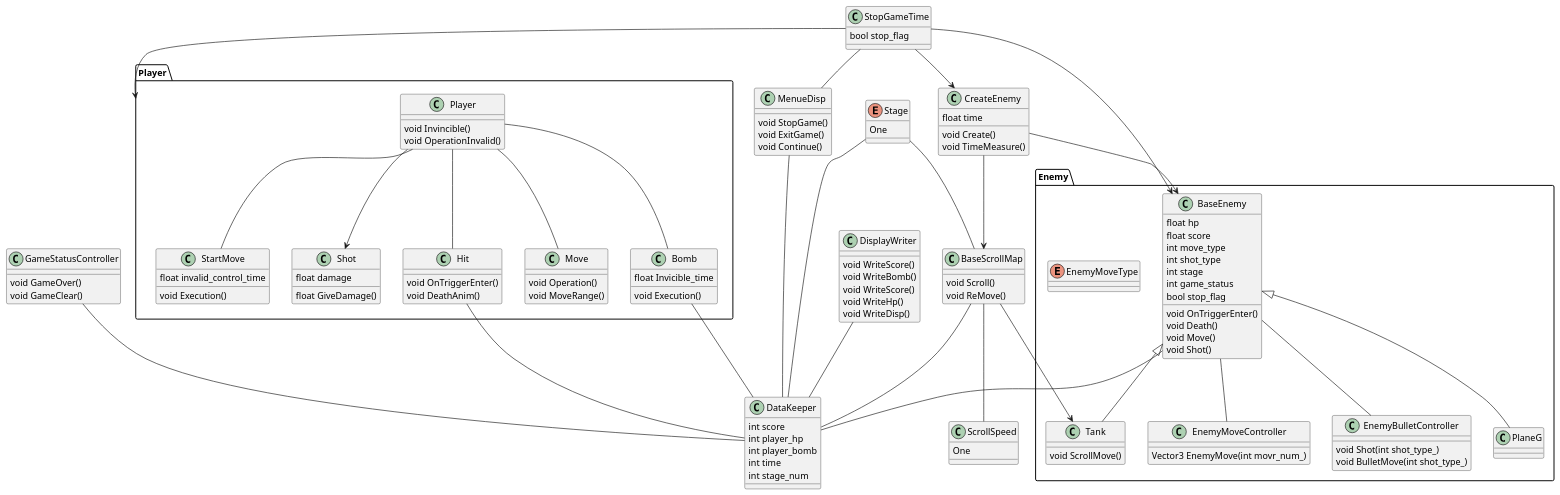
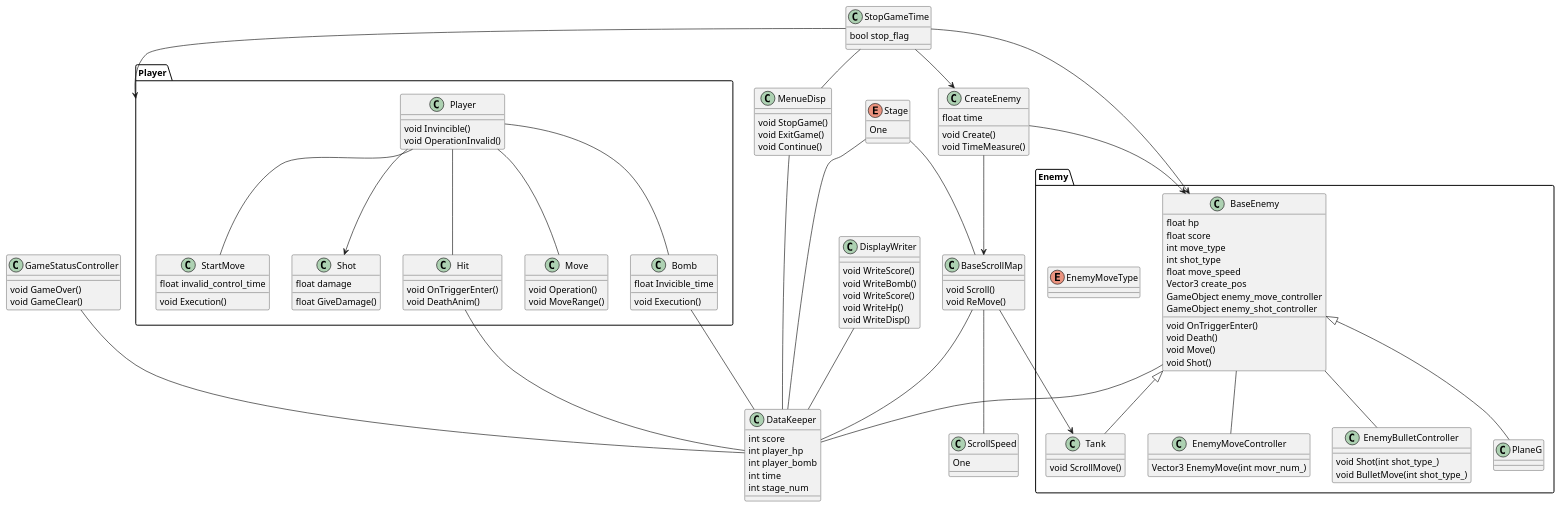
The diagram in proj_class.pu (m0bec/RePixFighter), drawn with PlantUML before and after one commit. The commit also changed 13 other files, not shown here.

```diff
--- a/proj_class.pu
+++ b/proj_class.pu
@@ -1,148 +1,149 @@
 @startuml{image html RePixFighter_class.png}
 
 class DataKeeper{
     int score
     int player_hp
     int player_bomb
     int time
     int stage_num
 }
 
 enum Stage{
     One
 }
 Stage -- DataKeeper
 Stage -- BaseScrollMap
 
 package Player{
     class Player{
         void Invincible()
         void OperationInvalid()
     }
 
     class Shot{
         float damage
         float GiveDamage()
     }
     Player --> Shot
 
     class Hit{
         void OnTriggerEnter()
         void DeathAnim()
     }
     Player -- Hit
     Hit -- DataKeeper
 
     class Move{
         void Operation()
         void MoveRange()
     }
     Player -- Move
 
     class Bomb{
         float Invicible_time
         void Execution()
     }
     Player -- Bomb
     Bomb -- DataKeeper
 
     class StartMove{
         void Execution()
         float invalid_control_time
     }
     Player -- StartMove
 }
 
 package Enemy{
     class BaseEnemy{
         float hp
-        float score
-        int move_type
-        int shot_type
-        int stage
-        int game_status
-        bool stop_flag
+	    float score
+	    int move_type
+	    int shot_type
+	    float move_speed
+	    Vector3 create_pos
+	    GameObject enemy_move_controller
+	    GameObject enemy_shot_controller
         void OnTriggerEnter()
         void Death()
         void Move()
         void Shot()
     }
     BaseEnemy -- DataKeeper
     BaseEnemy -- EnemyMoveController
     BaseEnemy -- EnemyBulletController
 
     class EnemyMoveController{
         Vector3 EnemyMove(int movr_num_)
     }
 
     class EnemyBulletController{
         void Shot(int shot_type_)
         void BulletMove(int shot_type_)
     }
 
     enum EnemyMoveType{
 
     }
 
     class Tank{
         void ScrollMove()
     }
     BaseEnemy <|-- Tank
 
     class PlaneG{
 
     }
     BaseEnemy <|-- PlaneG
 
 }
 
 class CreateEnemy{
     float time
     void Create()
     void TimeMeasure()
 }
 CreateEnemy --> BaseEnemy
 CreateEnemy --> BaseScrollMap
 
 class ScrollSpeed{
     One
 }
 class BaseScrollMap{
     void Scroll()
     void ReMove()
 }
 BaseScrollMap --> Tank
 BaseScrollMap -- DataKeeper
 BaseScrollMap -- ScrollSpeed
 
 class DisplayWriter{
     void WriteScore()
     void WriteBomb()
     void WriteScore()
     void WriteHp()
     void WriteDisp()
 }
 DisplayWriter -- DataKeeper
 
 class MenueDisp{
     void StopGame()
     void ExitGame()
     void Continue()
 }
 MenueDisp -- DataKeeper
 
 class GameStatusController{
     void GameOver()
     void GameClear()
 }
 GameStatusController -- DataKeeper
 
 class StopGameTime{
     bool stop_flag
 }
 StopGameTime -- MenueDisp
 StopGameTime --> BaseEnemy
 StopGameTime --> Player
 StopGameTime --> CreateEnemy
 
 @enduml
```
